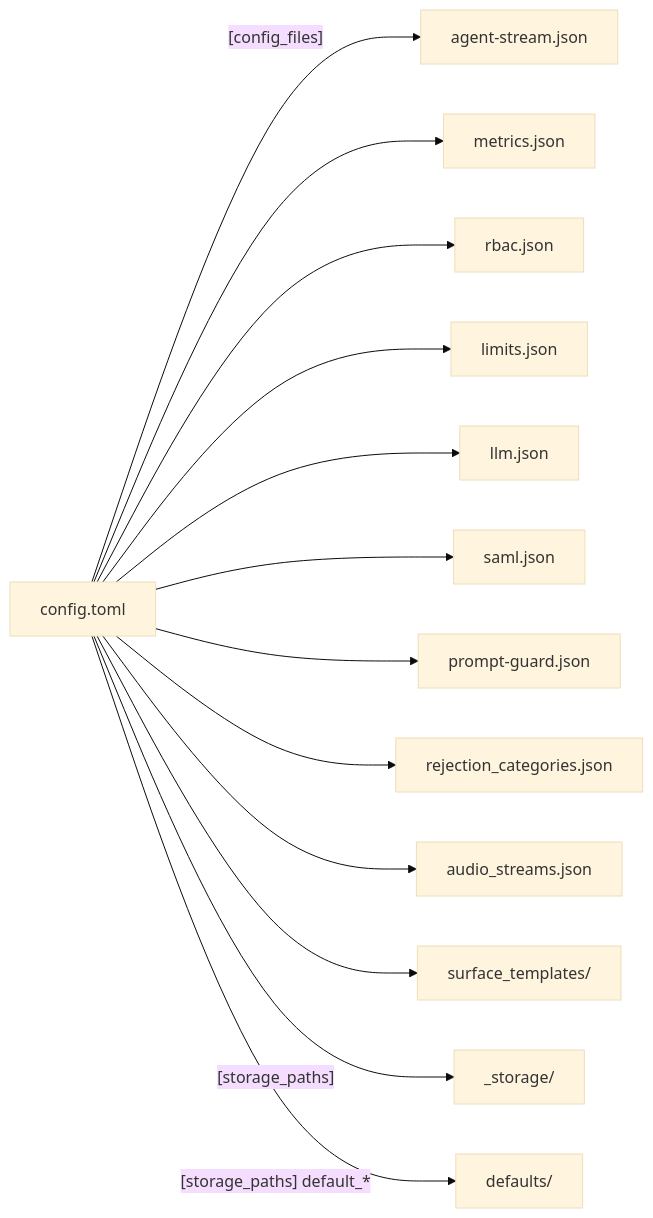
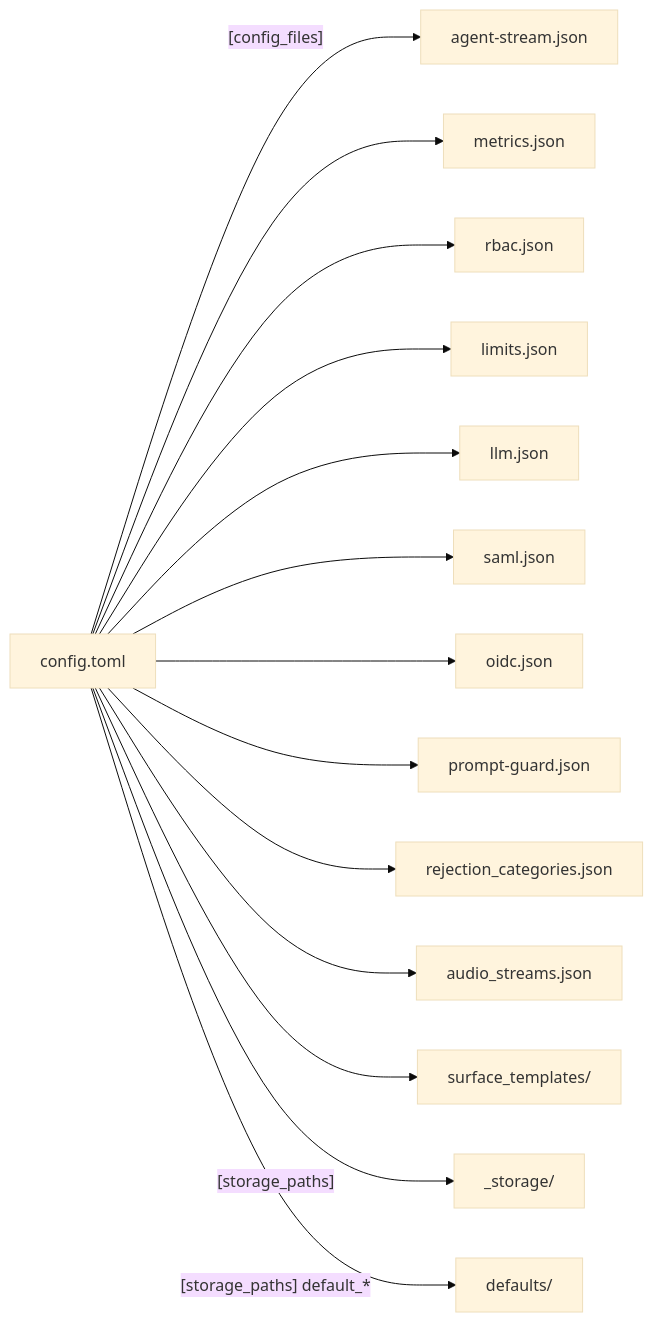
One commit to affinidi-ai/agent-stream changed the diagram in docs/CONFIGURATION_REFERENCE.md. Above: the diagram before and after it, drawn with Mermaid (base theme). The commit also changed other lines of this file and 57 other files, not shown here.

````diff
--- a/docs/CONFIGURATION_REFERENCE.md
+++ b/docs/CONFIGURATION_REFERENCE.md
@@ -84,15 +86,16 @@
 ```mermaid
 flowchart LR
     T[config.toml] -->|"[config_files]"| A[agent-stream.json]
     T --> M[metrics.json]
     T --> R[rbac.json]
     T --> L[limits.json]
     T --> LL[llm.json]
     T --> S[saml.json]
+    T --> O[oidc.json]
     T --> P[prompt-guard.json]
     T --> RC[rejection_categories.json]
     T --> AU[audio_streams.json]
     T --> TP["surface_templates/"]
     T -->|"[storage_paths]"| ST["_storage/"]
     T -->|"[storage_paths] default_*"| D["defaults/"]
 ```
````
